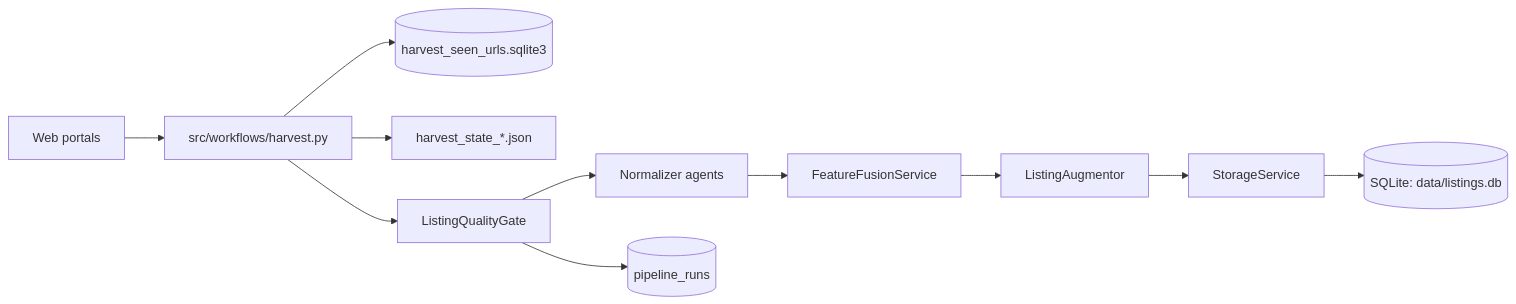
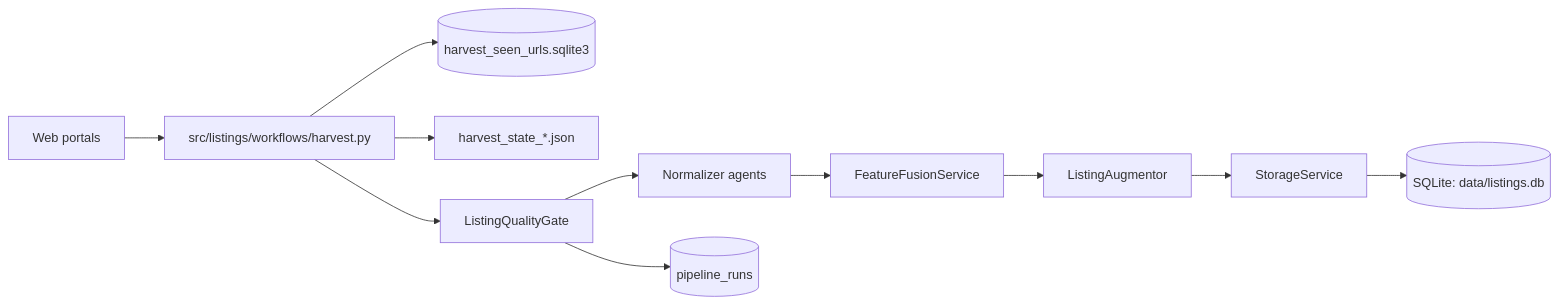
Before and after one commit to Nirtzur0/PropertyScanner: the second of 4 diagrams in docs/02_data_pipeline.md, drawn with Mermaid. The commit also changed other lines of this file and 374 other files, not shown here.

Commit message:
Refactor codebase to new domain-driven architecture

````diff
--- a/docs/02_data_pipeline.md
+++ b/docs/02_data_pipeline.md
@@ -28,13 +28,13 @@
 ```mermaid
 flowchart LR
-    Portal["Web portals"] --> HB["src/workflows/harvest.py"]
+    Portal["Web portals"] --> HB["src/listings/workflows/harvest.py"]
     HB --> Seen[("harvest_seen_urls.sqlite3")]
     HB --> State["harvest_state_*.json"]
     HB --> Gate["ListingQualityGate"]
     Gate --> Norm["Normalizer agents"]
     Norm --> Fusion["FeatureFusionService"]
     Fusion --> Aug["ListingAugmentor"]
     Aug --> Store["StorageService"]
     Store --> DB[("SQLite: data/listings.db")]
     Gate --> Runs[("pipeline_runs")]
 ```
````
